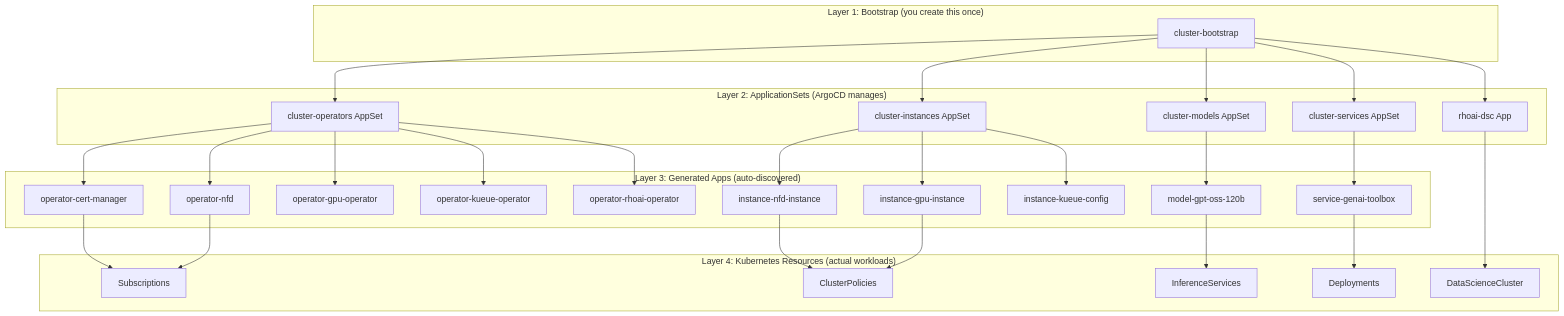
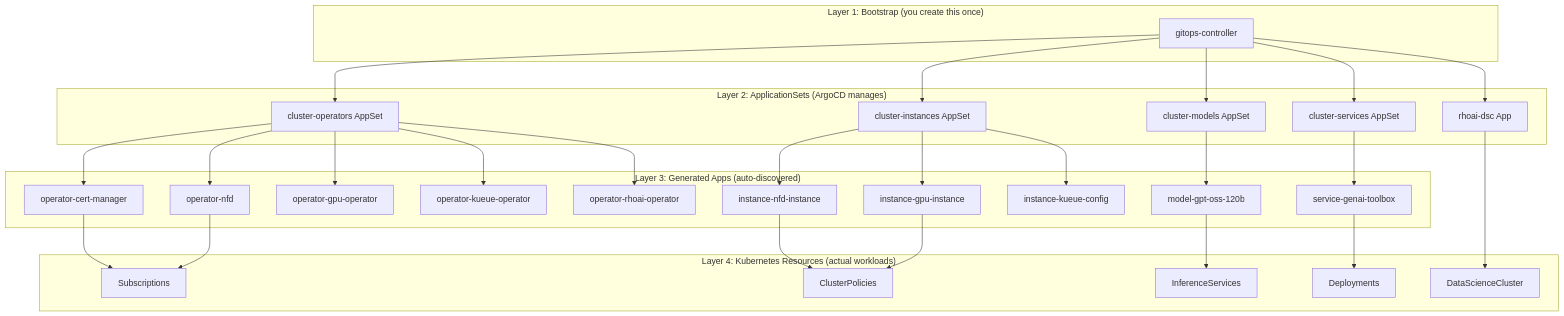
One commit to rrbanda/rhoai-deploy-gitops changed the second of 2 diagrams in docs/concepts/app-of-apps.md. Above: the diagram before and after it, drawn with Mermaid. The commit also changed other lines of this file and 18 other files, not shown here.

````diff
--- a/docs/concepts/app-of-apps.md
+++ b/docs/concepts/app-of-apps.md
@@ -92,60 +92,60 @@
 ```mermaid
 graph TD
   subgraph layer1 ["Layer 1: Bootstrap (you create this once)"]
-    CB["cluster-bootstrap"]
+    CB["gitops-controller"]
   end
 
   subgraph layer2 ["Layer 2: ApplicationSets (ArgoCD manages)"]
     OAS["cluster-operators AppSet"]
     IAS["cluster-instances AppSet"]
     MAS["cluster-models AppSet"]
     SAS["cluster-services AppSet"]
     DSC["rhoai-dsc App"]
   end
 
   subgraph layer3 ["Layer 3: Generated Apps (auto-discovered)"]
     O1["operator-cert-manager"]
     O2["operator-nfd"]
     O3["operator-gpu-operator"]
     O4["operator-kueue-operator"]
     O5["operator-rhoai-operator"]
     I1["instance-nfd-instance"]
     I2["instance-gpu-instance"]
     I3["instance-kueue-config"]
     M1["model-gpt-oss-120b"]
     S1["service-genai-toolbox"]
   end
 
   subgraph layer4 ["Layer 4: Kubernetes Resources (actual workloads)"]
     R1["Subscriptions"]
     R2["ClusterPolicies"]
     R3["DataScienceCluster"]
     R4["InferenceServices"]
     R5["Deployments"]
   end
 
   CB --> OAS
   CB --> IAS
   CB --> MAS
   CB --> SAS
   CB --> DSC
 
   OAS --> O1
   OAS --> O2
   OAS --> O3
   OAS --> O4
   OAS --> O5
   IAS --> I1
   IAS --> I2
   IAS --> I3
   MAS --> M1
   SAS --> S1
   DSC --> R3
 
   O1 --> R1
   O2 --> R1
   I1 --> R2
   I2 --> R2
   M1 --> R4
   S1 --> R5
 ```
````
